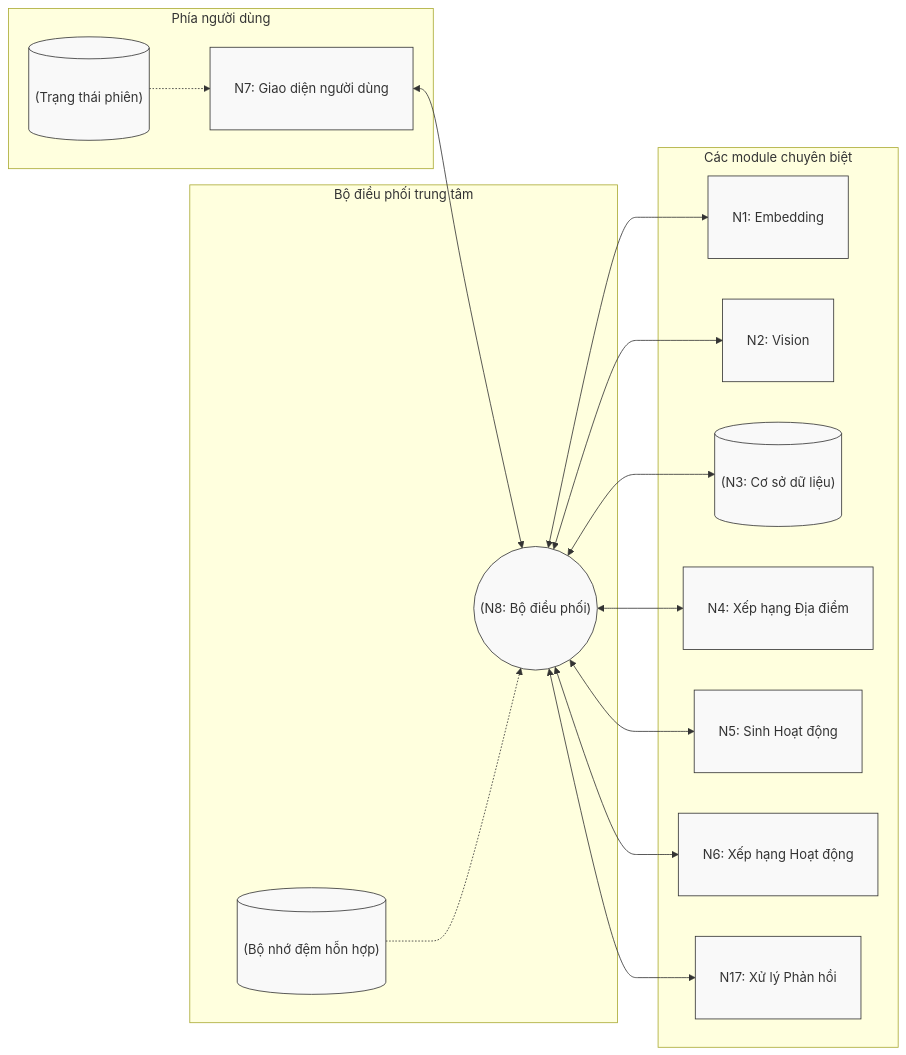
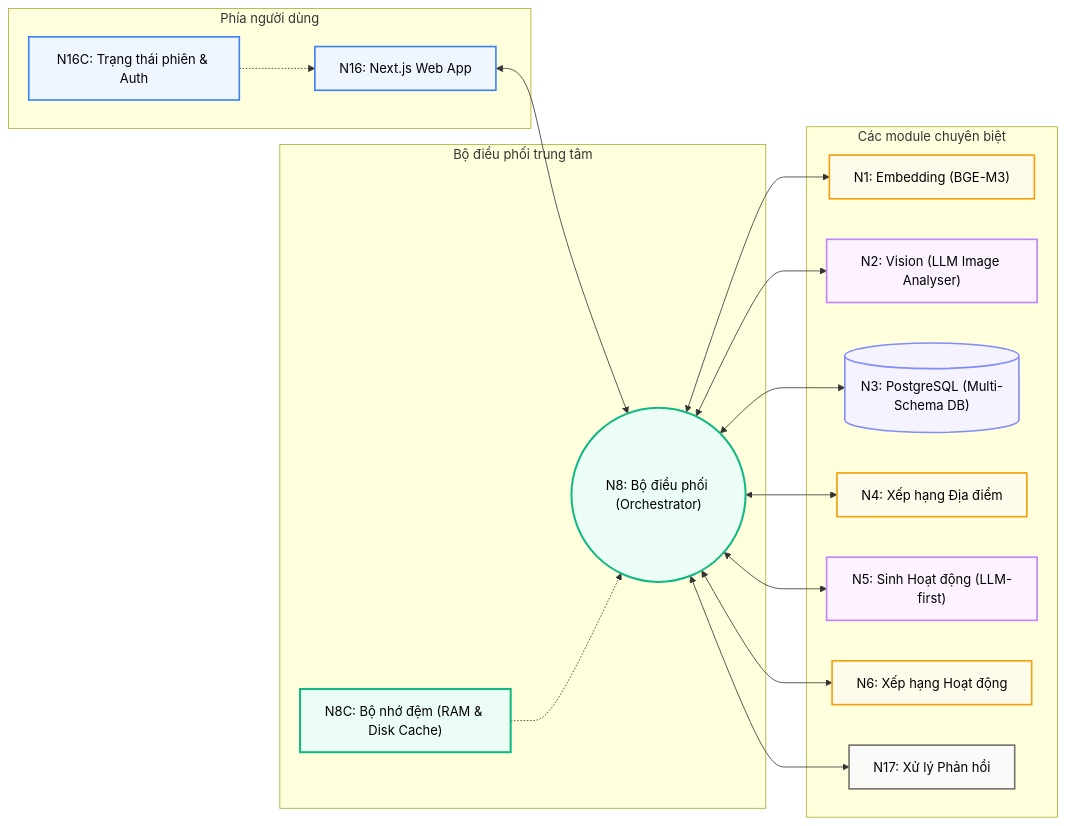
One commit to ltk6/travel-exp-planner changed the first of 2 diagrams in docs/architecture/system_overview.md. Above: the diagram before and after it, drawn with Mermaid. The commit also changed other lines of this file and 70 other files, not shown here.

````diff
--- a/docs/architecture/system_overview.md
+++ b/docs/architecture/system_overview.md
@@ -62,39 +62,41 @@
 ```mermaid
----
-config:
-  flowchart:
-    useMaxWidth: false
----
+%%{init: {'flowchart': {'useMaxWidth': false}}}%%
 graph LR
-    classDef default fill:#f9f9f9,stroke:#333,stroke-width:1px,padding-left:10px,padding-right:10px,white-space:nowrap;
+    classDef client fill:#eff6ff,stroke:#3b82f6,stroke-width:2px,color:#000000;
+    classDef orchestrator fill:#ecfdf5,stroke:#10b981,stroke-width:2.5px,color:#000000;
+    classDef storage fill:#f5f3ff,stroke:#818cf8,stroke-width:2px,color:#000000;
+    classDef ml fill:#fffbeb,stroke:#f59e0b,stroke-width:2px,color:#000000;
+    classDef gen fill:#fdf2ff,stroke:#c084fc,stroke-width:2px,color:#000000;
+    classDef feedback fill:#fafaf9,stroke:#78716c,stroke-width:2px,color:#000000;
+    
     subgraph "Phía người dùng"
-        N7["N7: Giao diện người dùng"]
-        N7C[("(Trạng thái phiên)")]
+        N16["N16: Next.js Web App"]:::client
+        N16C["N16C: Trạng thái phiên & Auth"]:::client
     end
 
     subgraph "Bộ điều phối trung tâm"
-        N8(("(N8: Bộ điều phối)"))
-        N8C[("(Bộ nhớ đệm hỗn hợp)")]
+        N8(("N8: Bộ điều phối (Orchestrator)")):::orchestrator
+        N8C["N8C: Bộ nhớ đệm (RAM & Disk Cache)"]:::orchestrator
     end
 
     subgraph "Các module chuyên biệt"
-        N1["N1: Embedding"]
-        N2["N2: Vision"]
-        N3[("(N3: Cơ sở dữ liệu)")]
-        N4["N4: Xếp hạng Địa điểm"]
-        N5["N5: Sinh Hoạt động"]
-        N6["N6: Xếp hạng Hoạt động"]
-        N17["N17: Xử lý Phản hồi"]
+        N1["N1: Embedding (BGE-M3)"]:::ml
+        N2["N2: Vision (LLM Image Analyser)"]:::gen
+        N3[("N3: PostgreSQL (Multi-Schema DB)")]:::storage
+        N4["N4: Xếp hạng Địa điểm"]:::ml
+        N5["N5: Sinh Hoạt động (LLM-first)"]:::gen
+        N6["N6: Xếp hạng Hoạt động"]:::ml
+        N17["N17: Xử lý Phản hồi"]:::feedback
     end
 
-    N7 <--> N8
+    N16 <--> N8
     N8 <--> N1
     N8 <--> N2
     N8 <--> N3
     N8 <--> N4
     N8 <--> N5
     N8 <--> N6
     N8 <--> N17
-    N7C -.-> N7
+    N16C -.-> N16
     N8C -.-> N8
 ```
````
